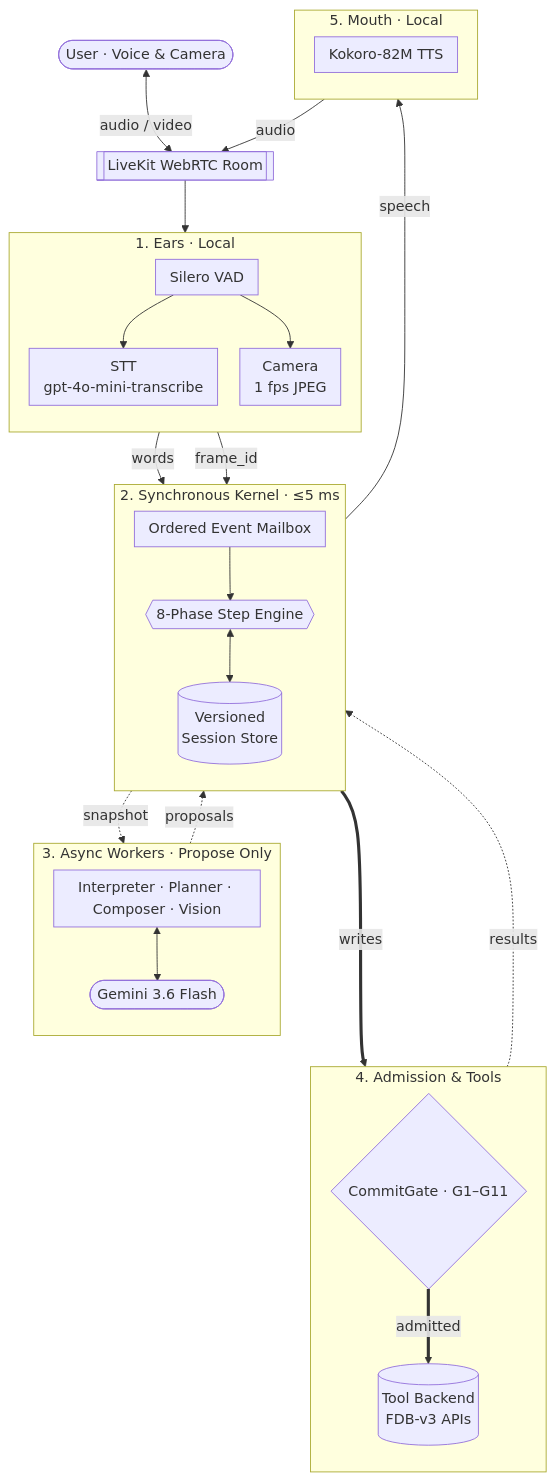
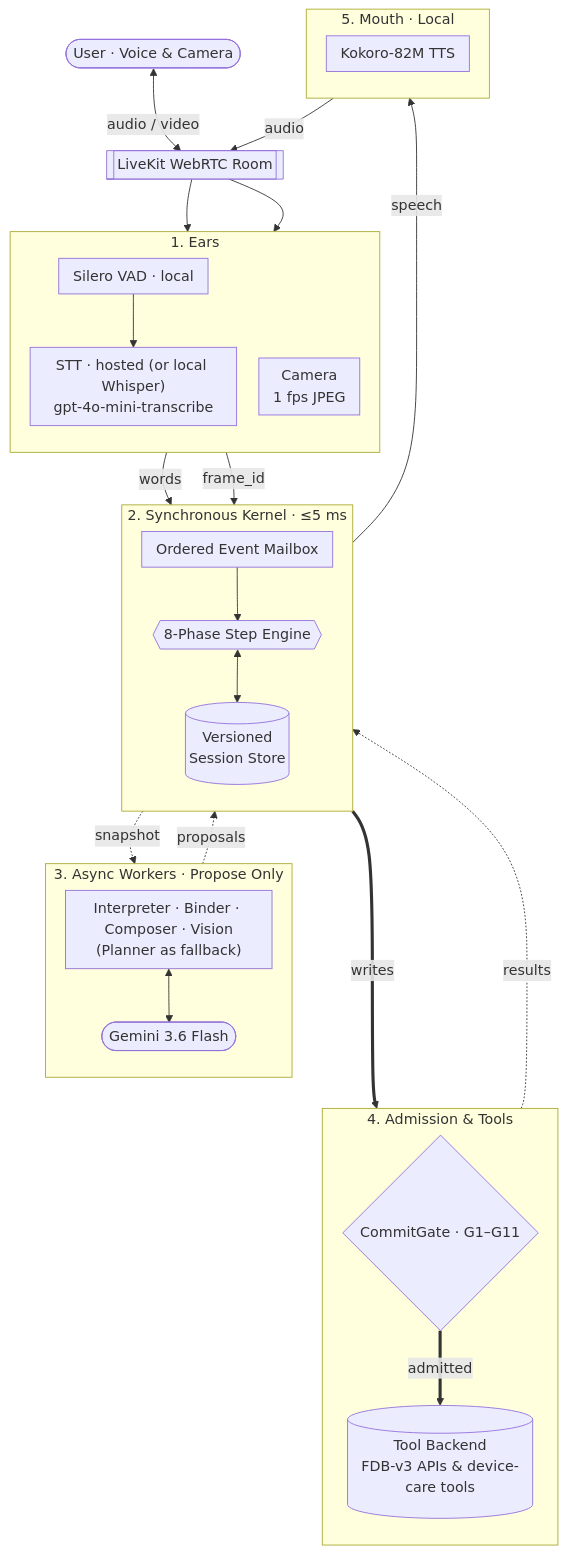
One commit to AdithyaSanthosh-P/Janus changed the third of 7 diagrams in README.md. Above: the diagram before and after it, drawn with Mermaid. The commit also changed other lines of this file, not shown here.

````diff
--- a/README.md
+++ b/README.md
@@ -77,57 +170,57 @@
 ```mermaid
 %%{init: {'flowchart': {'nodeSpacing': 25, 'rankSpacing': 35, 'padding': 8}}}%%
 flowchart TB
     U(["User · Voice & Camera"])
     ROOM[["LiveKit WebRTC Room"]]
     U <-->|"audio / video"| ROOM
 
-    subgraph EARS["1. Ears · Local"]
+    subgraph EARS["1. Ears"]
         direction TB
-        VAD["Silero VAD"]
-        ASR["STT<br/>gpt-4o-mini-transcribe"]
+        VAD["Silero VAD · local"]
+        ASR["STT · hosted (or local Whisper)<br/>gpt-4o-mini-transcribe"]
         CAM["Camera<br/>1 fps JPEG"]
         VAD --> ASR
-        VAD --> CAM
     end
     ROOM --> VAD
+    ROOM --> CAM
 
     subgraph KERNEL["2. Synchronous Kernel · ≤5 ms"]
         direction TB
         MAILBOX["Ordered Event Mailbox"]
         ENGINE{{"8-Phase Step Engine"}}
         STORE[("Versioned<br/>Session Store")]
         MAILBOX --> ENGINE
         ENGINE <--> STORE
     end
     ASR -->|words| MAILBOX
     CAM -->|frame_id| MAILBOX
 
     subgraph WORKERS["3. Async Workers · Propose Only"]
         direction TB
-        POOL["Interpreter · Planner · Composer · Vision"]
+        POOL["Interpreter · Binder · Composer · Vision<br/>(Planner as fallback)"]
         LLM(["Gemini 3.6 Flash"])
         POOL <--> LLM
     end
     ENGINE -.->|snapshot| POOL
     POOL -.->|proposals| MAILBOX
 
     subgraph SAFETY["4. Admission & Tools"]
         direction TB
         GATE{"CommitGate · G1–G11"}
-        TOOLS[("Tool Backend<br/>FDB-v3 APIs")]
+        TOOLS[("Tool Backend<br/>FDB-v3 APIs & device-care tools")]
         GATE ==>|admitted| TOOLS
     end
     ENGINE ==>|writes| GATE
     TOOLS -.->|results| MAILBOX
 
     subgraph MOUTH["5. Mouth · Local"]
         direction TB
         TTS["Kokoro-82M TTS"]
     end
     ENGINE -->|speech| TTS
     TTS -->|audio| ROOM
 
     %% invisible links: force Workers -> Admission -> Mouth to stack vertically
     LLM ~~~ GATE
     TOOLS ~~~ TTS
 ```
````
